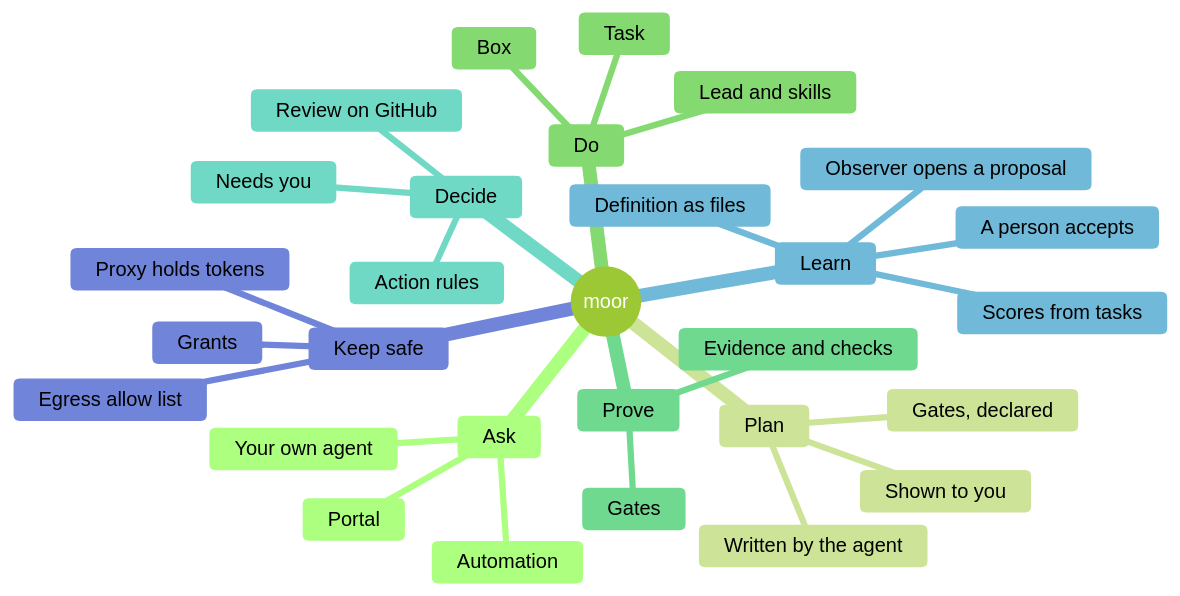
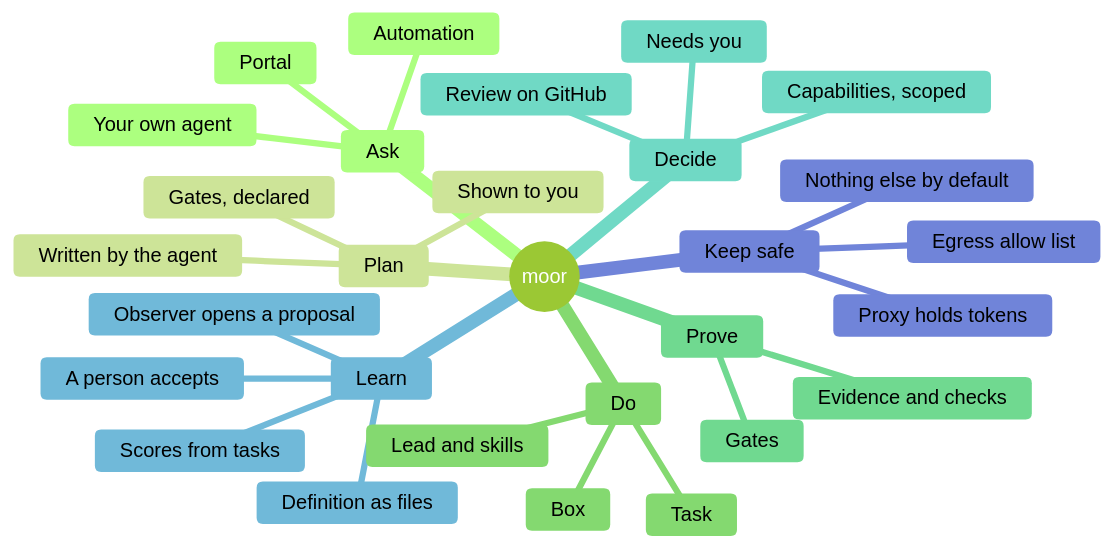
One commit to IniZio/moor changed the fifth of 5 diagrams in docs/specs/position.md. Above: the diagram before and after it, drawn with Mermaid (forest theme). The commit also changed other lines of this file, not shown here.

Commit message:
docs(specs): replace action rules and grants with capabilities

````diff
--- a/docs/specs/position.md
+++ b/docs/specs/position.md
@@ -406,32 +410,32 @@
 ```mermaid
 mindmap
   root((moor))
     Ask
       Portal
       Your own agent
       Automation
     Plan
       Written by the agent
       Shown to you
       Gates, declared
     Do
       Task
       Box
       Lead and skills
     Prove
       Gates
       Evidence and checks
     Decide
       Needs you
-      Action rules
+      Capabilities, scoped
       Review on GitHub
     Learn
       Definition as files
       Scores from tasks
       Observer opens a proposal
       A person accepts
     Keep safe
       Proxy holds tokens
       Egress allow list
-      Grants
+      Nothing else by default
 ```
````
